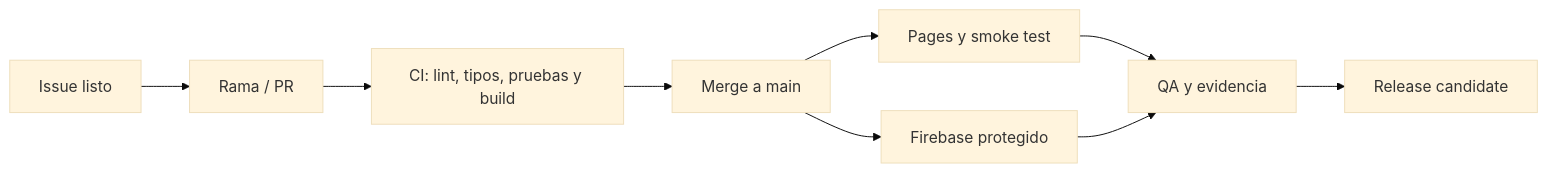
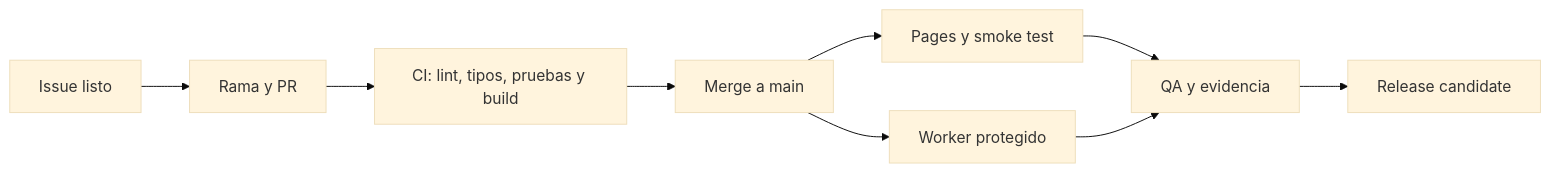
The diagram in docs/RELEASE-CANDIDATE-PLAN.md (Pocsi2/ONIRC), drawn with Mermaid (base theme) before and after one commit. The commit also changed other lines of this file and 45 other files, not shown here.

````diff
--- a/docs/RELEASE-CANDIDATE-PLAN.md
+++ b/docs/RELEASE-CANDIDATE-PLAN.md
@@ -11,11 +15,11 @@
-```mermaid
+~~~mermaid
 flowchart LR
-  I[Issue listo] --> B[Rama / PR]
+  I[Issue listo] --> B[Rama y PR]
   B --> C[CI: lint, tipos, pruebas y build]
   C --> M[Merge a main]
   M --> P[Pages y smoke test]
-  M --> F[Firebase protegido]
+  M --> W[Worker protegido]
   P --> Q[QA y evidencia]
-  F --> Q
+  W --> Q
   Q --> R[Release candidate]
-```
+~~~
````
